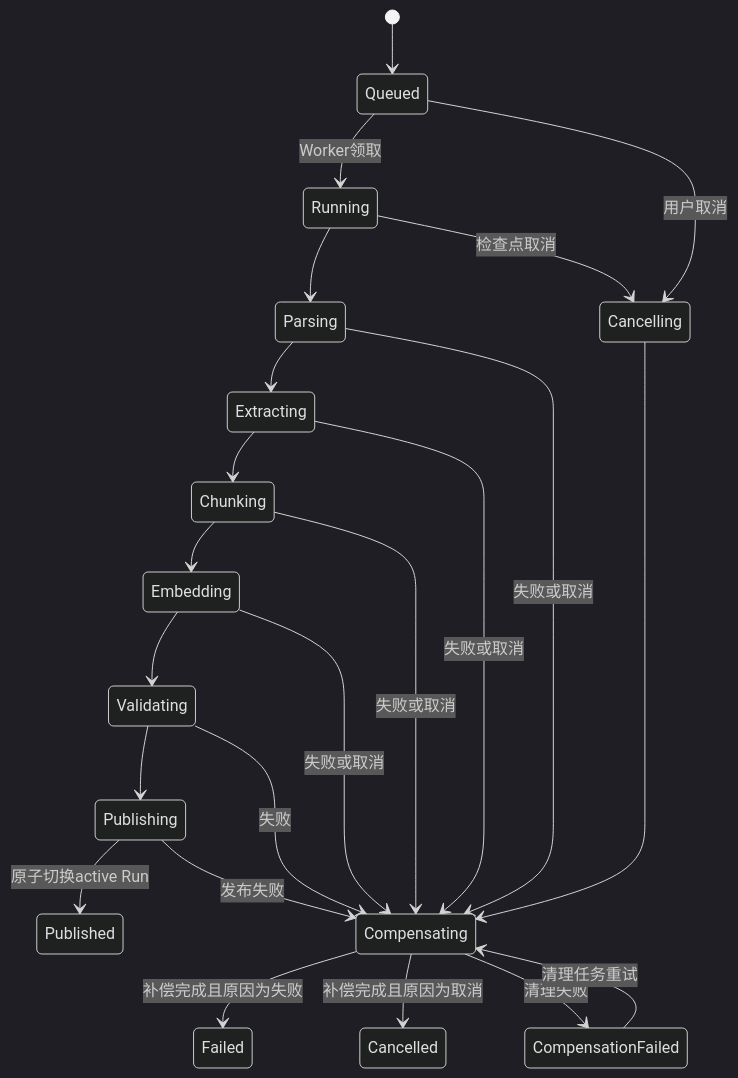
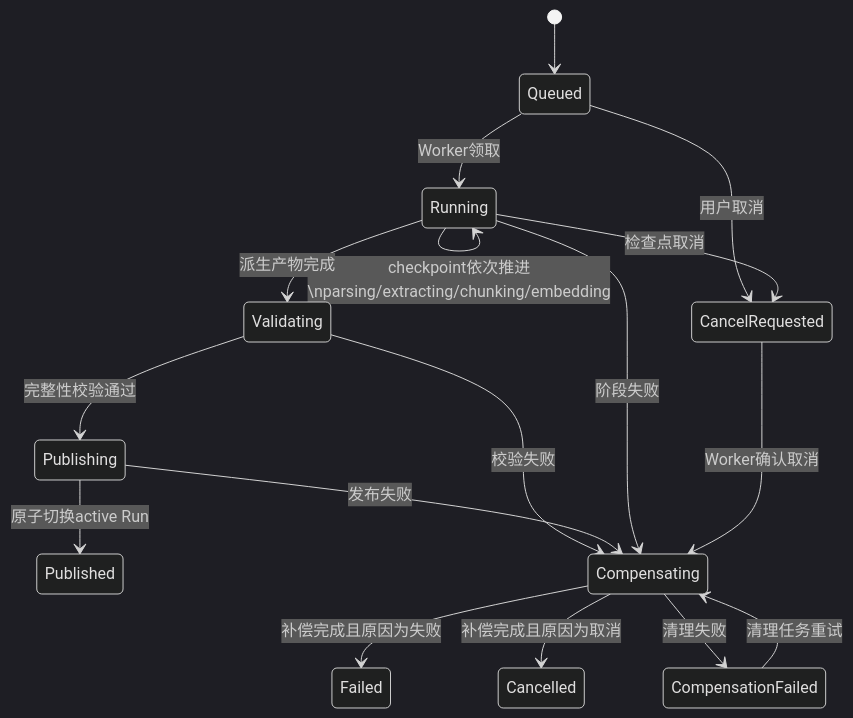
Before and after one commit to zhu521-yue/Knowledge: the ninth of 14 diagrams in docs/personal-knowledge-base.md, drawn with Mermaid (dark theme). The commit also changed other lines of this file, not shown here.

````diff
--- a/docs/personal-knowledge-base.md
+++ b/docs/personal-knowledge-base.md
@@ -1607,26 +1634,20 @@
 ```mermaid
 stateDiagram-v2
   [*] --> Queued
   Queued --> Running: Worker领取
-  Running --> Parsing
-  Parsing --> Extracting
-  Extracting --> Chunking
-  Chunking --> Embedding
-  Embedding --> Validating
-  Validating --> Publishing
+  Running --> Running: checkpoint依次推进\nparsing/extracting/chunking/embedding
+  Running --> Validating: 派生产物完成
+  Validating --> Publishing: 完整性校验通过
   Publishing --> Published: 原子切换active Run
 
-  Queued --> Cancelling: 用户取消
-  Running --> Cancelling: 检查点取消
-  Parsing --> Compensating: 失败或取消
-  Extracting --> Compensating: 失败或取消
-  Chunking --> Compensating: 失败或取消
-  Embedding --> Compensating: 失败或取消
-  Validating --> Compensating: 失败
+  Queued --> CancelRequested: 用户取消
+  Running --> CancelRequested: 检查点取消
+  Validating --> Compensating: 校验失败
   Publishing --> Compensating: 发布失败
-  Cancelling --> Compensating
+  Running --> Compensating: 阶段失败
+  CancelRequested --> Compensating: Worker确认取消
   Compensating --> Failed: 补偿完成且原因为失败
   Compensating --> Cancelled: 补偿完成且原因为取消
   Compensating --> CompensationFailed: 清理失败
   CompensationFailed --> Compensating: 清理任务重试
 ```
````
